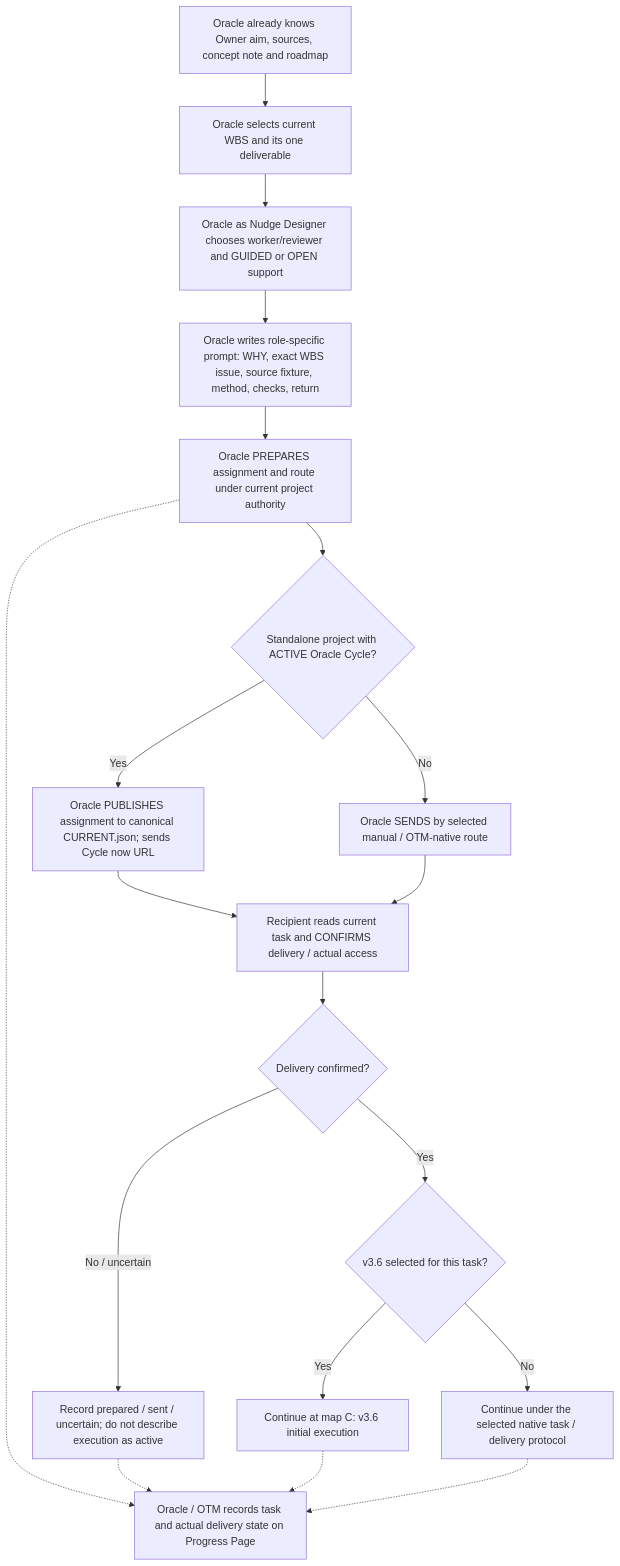
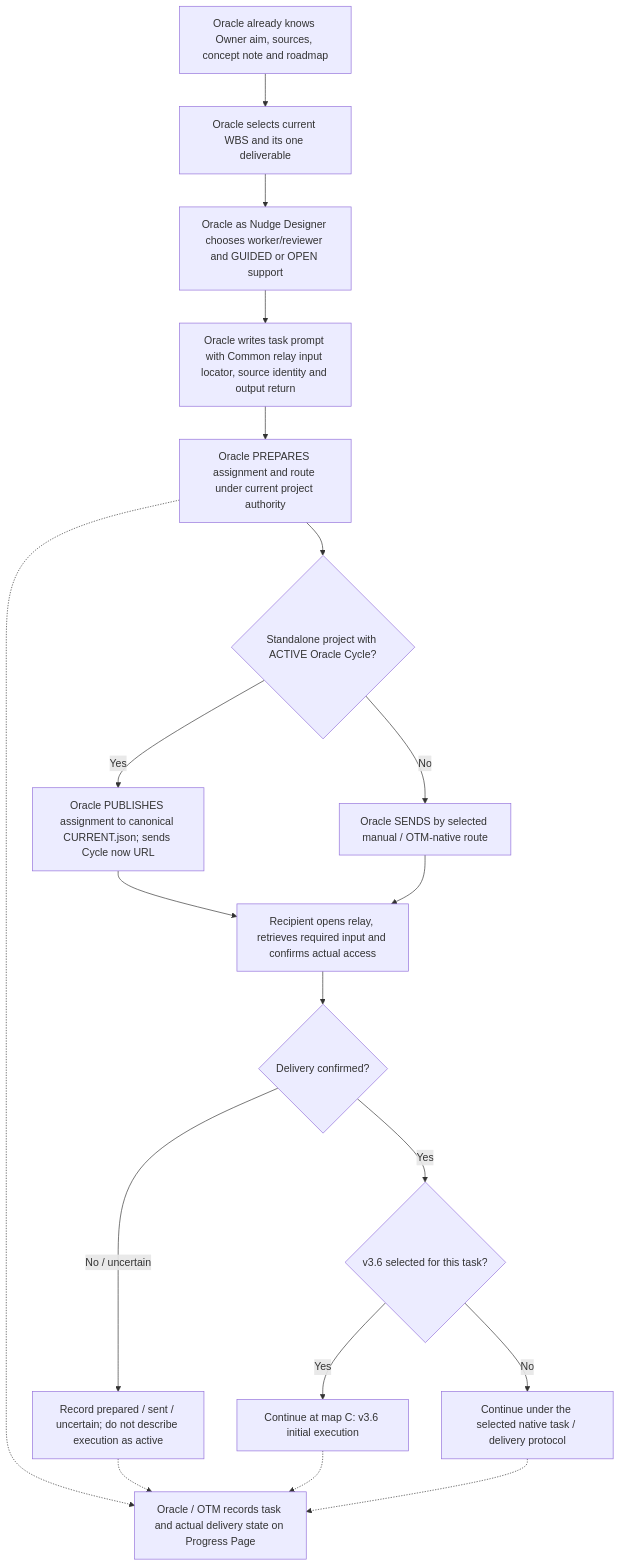
The second of 5 diagrams in skills/agent-work/ENTRY_PROCESS_MAPS.md (reallakshman19/Common), drawn with Mermaid before and after one commit. The commit also changed other lines of this file, not shown here.

Commit message:
docs(agent-work): navigation and Common relay-first Oracle-agent fixture custody in ENTRY_PROCESS_MAPS.md

````diff
--- a/skills/agent-work/ENTRY_PROCESS_MAPS.md
+++ b/skills/agent-work/ENTRY_PROCESS_MAPS.md
@@ -40,21 +56,21 @@
 ```mermaid
 flowchart TD
   B0["Oracle already knows Owner aim, sources, concept note and roadmap"] --> B1["Oracle selects current WBS and its one deliverable"]
   B1 --> B2["Oracle as Nudge Designer chooses worker/reviewer and GUIDED or OPEN support"]
-  B2 --> B3["Oracle writes role-specific prompt: WHY, exact WBS issue, source fixture, method, checks, return"]
+  B2 --> B3["Oracle writes task prompt with Common relay input locator, source identity and output return"]
   B3 --> B4["Oracle PREPARES assignment and route under current project authority"]
   B4 --> B5{"Standalone project with ACTIVE Oracle Cycle?"}
   B5 -->|Yes| B6["Oracle PUBLISHES assignment to canonical CURRENT.json; sends Cycle now URL"]
   B5 -->|No| B7["Oracle SENDS by selected manual / OTM-native route"]
-  B6 --> B8["Recipient reads current task and CONFIRMS delivery / actual access"]
+  B6 --> B8["Recipient opens relay, retrieves required input and confirms actual access"]
   B7 --> B8
   B8 --> B9{"Delivery confirmed?"}
   B9 -->|No / uncertain| BX["Record prepared / sent / uncertain; do not describe execution as active"]
   B9 -->|Yes| B10{"v3.6 selected for this task?"}
   B10 -->|Yes| B11["Continue at map C: v3.6 initial execution"]
   B10 -->|No| B12["Continue under the selected native task / delivery protocol"]
   B4 -.-> BP["Oracle / OTM records task and actual delivery state on Progress Page"]
   BX -.-> BP
   B11 -.-> BP
   B12 -.-> BP
 ```
````
